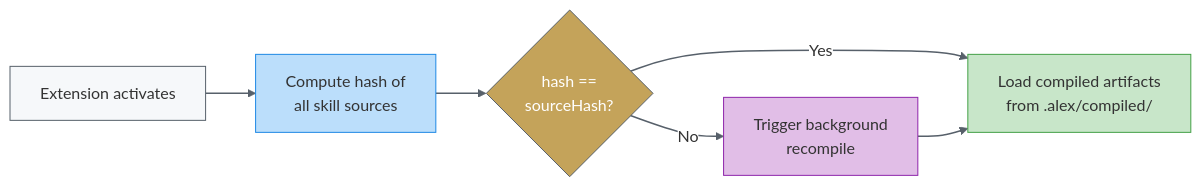
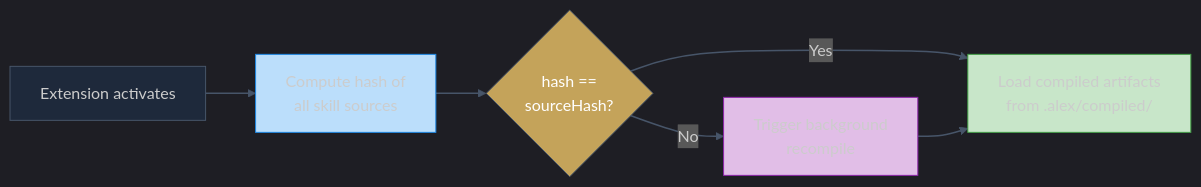
The eighth of 11 diagrams in alex_docs/architecture/SEMANTIC-SKILL-GRAPH.md (fabioc-aloha/Alex_Plug_In), drawn with Mermaid before and after one commit. The commit also changed other lines of this file and 13 other files, not shown here.

Commit message:
brand(M4.8-4.10): mermaid theme snippet + inject CorreaX theme into arch diagrams + standardize badge colors

````diff
--- a/alex_docs/architecture/SEMANTIC-SKILL-GRAPH.md
+++ b/alex_docs/architecture/SEMANTIC-SKILL-GRAPH.md
@@ -523,16 +524,16 @@
 ```mermaid
-%%{init: {'theme': 'base', 'themeVariables': { 'edgeLabelBackground':'#ffffff', 'lineColor': '#57606a' }}}%%
+%%{init: {'theme': 'dark', 'themeVariables': {'background': '#0f172a', 'primaryColor': '#1e293b', 'primaryTextColor': '#f1f5f9', 'primaryBorderColor': '#818cf8', 'lineColor': '#475569', 'secondaryColor': '#1e293b', 'secondaryBorderColor': '#2dd4bf', 'tertiaryColor': '#1e293b', 'fontFamily': 'Segoe UI, system-ui, sans-serif'}}}%%
 flowchart LR
     ACT["Extension activates"] --> HASH["Compute hash of<br/>all skill sources"]
     HASH --> CMP{"hash ==<br/>sourceHash?"}
     CMP -->|Yes| LOAD["Load compiled artifacts<br/>from .alex/compiled/"]
     CMP -->|No| RECOMP["Trigger background<br/>recompile"]
     RECOMP --> LOAD
 
-    style ACT fill:#f6f8fa,stroke:#57606a
+    style ACT fill:#1e293b,stroke:#475569
     style HASH fill:#bbdefb,stroke:#1e88e5
-    style CMP fill:#c4a35a,stroke:#57606a,color:#fff
+    style CMP fill:#c4a35a,stroke:#475569,color:#fff
     style LOAD fill:#c8e6c9,stroke:#43a047
     style RECOMP fill:#e1bee7,stroke:#8e24aa
-    linkStyle default stroke:#57606a,stroke-width:1.5px
+    linkStyle default stroke:#475569,stroke-width:1.5px
 ```
````
